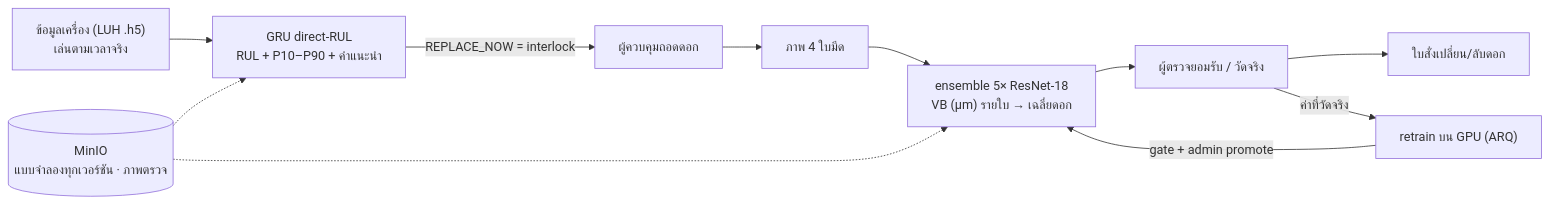
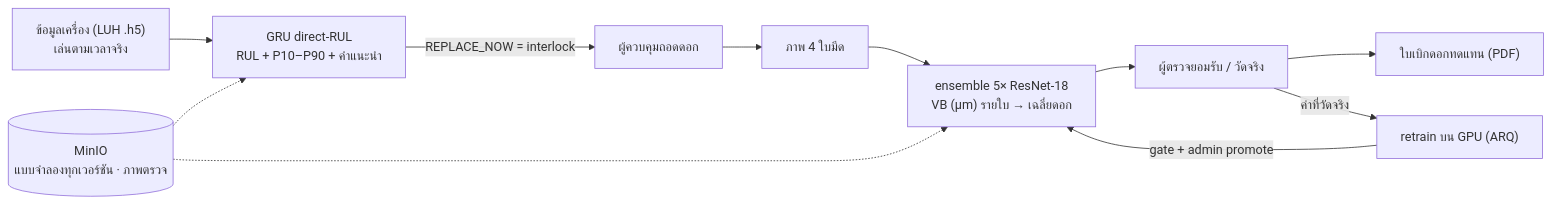
The diagram in README.md (shironekoko/ai-ecosystem-Industrial-Predictive), drawn with Mermaid before and after one commit. The commit also changed other lines of this file and 64 other files, not shown here.

````diff
--- a/README.md
+++ b/README.md
@@ -6,9 +6,9 @@
 ```mermaid
 flowchart LR
   LUH["ข้อมูลเครื่อง (LUH .h5)<br/>เล่นตามเวลาจริง"] --> RUL["GRU direct-RUL<br/>RUL + P10–P90 + คำแนะนำ"]
   RUL -->|REPLACE_NOW = interlock| OP["ผู้ควบคุมถอดดอก"]
   OP --> IMG["ภาพ 4 ใบมีด"] --> VB["ensemble 5× ResNet-18<br/>VB (µm) รายใบ → เฉลี่ยดอก"]
-  VB --> QC["ผู้ตรวจยอมรับ / วัดจริง"] --> WO["ใบสั่งเปลี่ยน/ลับดอก"]
+  VB --> QC["ผู้ตรวจยอมรับ / วัดจริง"] --> WO["ใบเบิกดอกทดแทน (PDF)"]
   QC -->|ค่าที่วัดจริง| RT["retrain บน GPU (ARQ)"] -->|gate + admin promote| VB
   MINIO[("MinIO<br/>แบบจำลองทุกเวอร์ชัน · ภาพตรวจ")] -.-> RUL & VB
 ```
````
